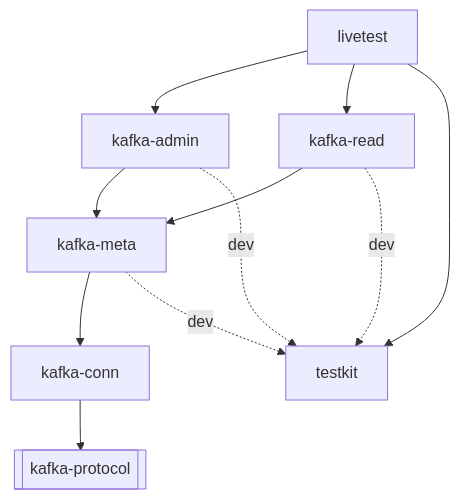
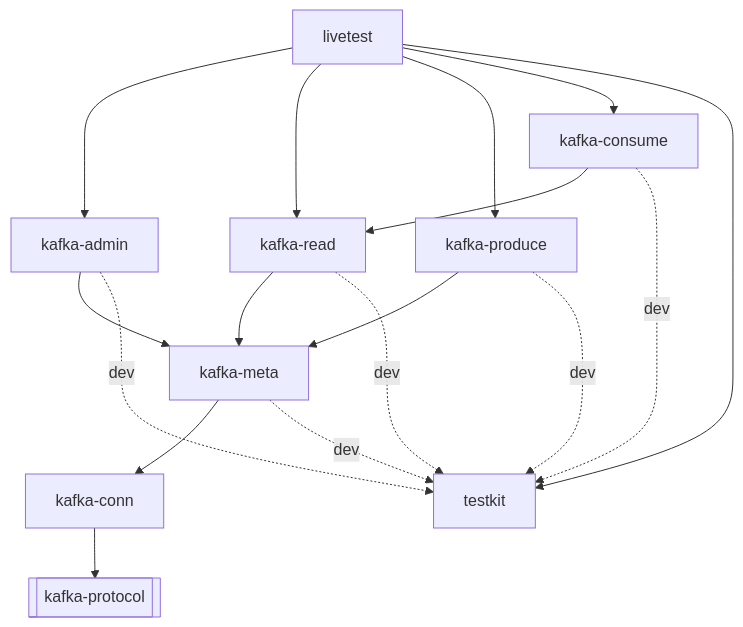
Before and after one commit to kaas-rs/kaas-lib: the diagram in docs/src/code-tour/workspace.md, drawn with Mermaid. The commit also changed other lines of this file and 11 other files, not shown here.

````diff
--- a/docs/src/code-tour/workspace.md
+++ b/docs/src/code-tour/workspace.md
@@ -18,13 +22,19 @@
 ```mermaid
 graph TD
     admin[kafka-admin] --> meta[kafka-meta]
     read[kafka-read] --> meta
+    produce[kafka-produce] --> meta
+    consume[kafka-consume] --> read
     meta --> conn[kafka-conn]
     conn --> kp[["kafka-protocol"]]
     live[livetest] --> admin
     live --> read
+    live --> produce
+    live --> consume
     live --> tk[testkit]
     admin -.dev.-> tk
     read -.dev.-> tk
     meta -.dev.-> tk
+    produce -.dev.-> tk
+    consume -.dev.-> tk
 ```
````
